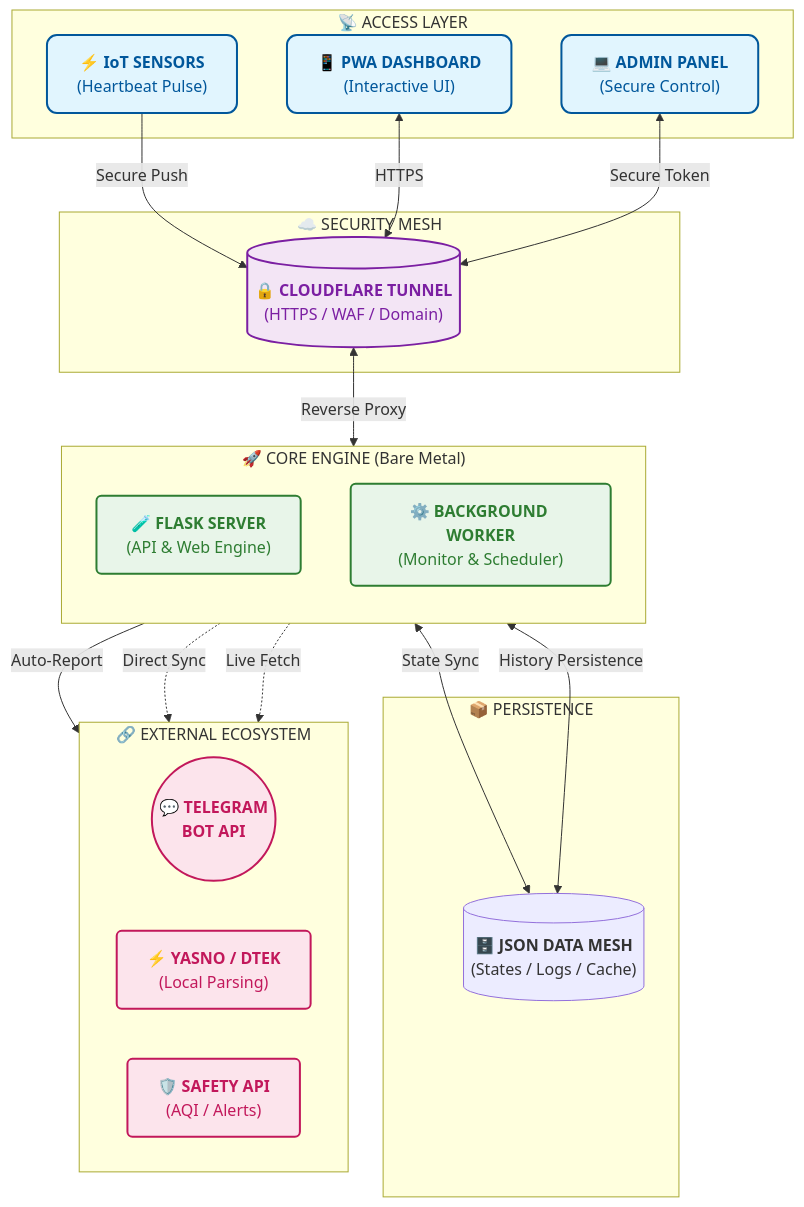
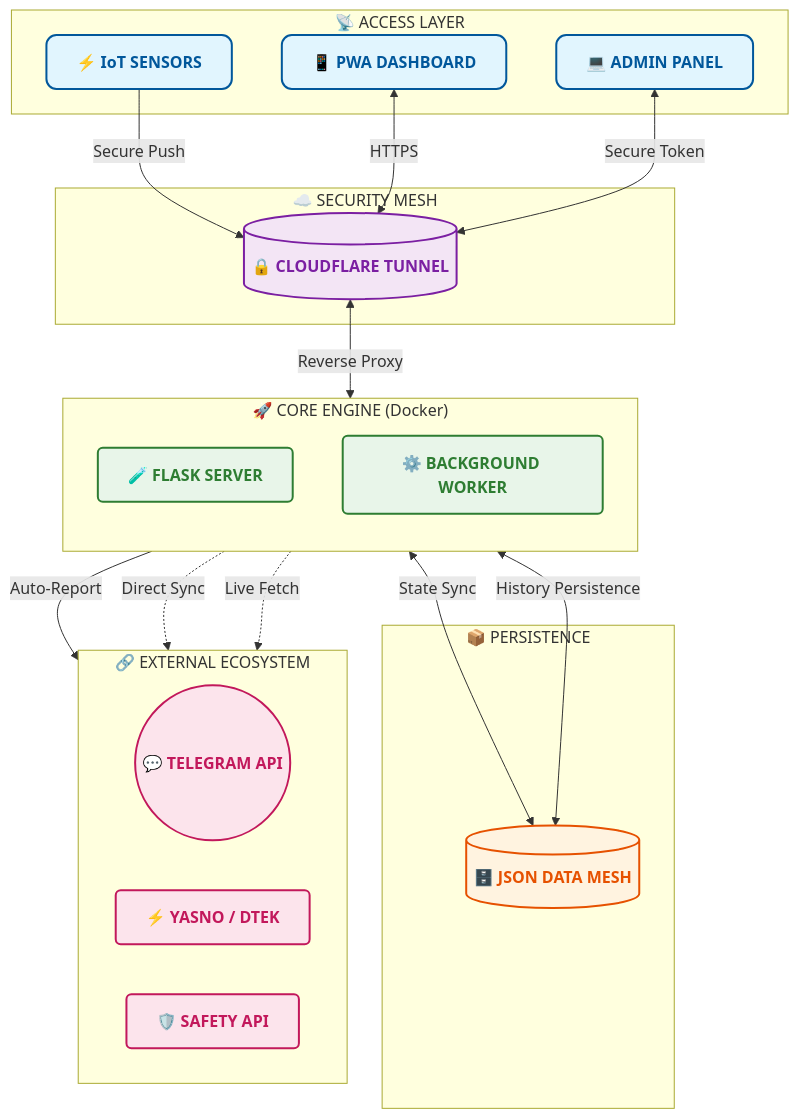
The diagram in README.md (weby-homelab/flash-monitor-kyiv), drawn with Mermaid before and after one commit. The commit also changed other lines of this file, not shown here.

Commit message:
docs: unified bilingual README for Docker Edition

````diff
--- a/README.md
+++ b/README.md
@@ -88,61 +79,52 @@
 ```mermaid
 flowchart TD
     %% -- Style Definitions --
     classDef access fill:#e1f5fe,stroke:#01579b,stroke-width:2px,color:#01579b,rx:10,ry:10
     classDef network fill:#f3e5f5,stroke:#7b1fa2,stroke-width:2px,color:#7b1fa2,rx:5,ry:5
     classDef core fill:#e8f5e9,stroke:#2e7d32,stroke-width:2px,color:#2e7d32,rx:5,ry:5
-    classDef data fill:#fff3e0,stroke:#e65100,stroke-width:2px,color:#e65100,rx:10,ry:10
+    classDef storage fill:#fff3e0,stroke:#e65100,stroke-width:2px,color:#e65100,rx:10,ry:10
     classDef external fill:#fce4ec,stroke:#c2185b,stroke-width:2px,color:#c2185b,rx:5,ry:5
 
-    %% -- Access Layer --
     subgraph Access ["📡 ACCESS LAYER"]
-        IoT["⚡ <b>IoT SENSORS</b><br/>(Heartbeat Pulse)"]
-        PWA["📱 <b>PWA DASHBOARD</b><br/>(Interactive UI)"]
-        ADM["💻 <b>ADMIN PANEL</b><br/>(Secure Control)"]
+        IoT["⚡ <b>IoT SENSORS</b>"]
+        PWA["📱 <b>PWA DASHBOARD</b>"]
+        ADM["💻 <b>ADMIN PANEL</b>"]
     end
 
-    %% -- Network Layer --
     subgraph Network ["☁️ SECURITY MESH"]
-        CF[("🔒 <b>CLOUDFLARE TUNNEL</b><br/>(HTTPS / WAF / Domain)")]
+        CF[("🔒 <b>CLOUDFLARE TUNNEL</b>")]
     end
 
-    %% -- Core Engine --
-    subgraph Core ["🚀 CORE ENGINE (Bare Metal)"]
+    subgraph Core ["🚀 CORE ENGINE (Docker)"]
         direction TB
-        WEB["🧪 <b>FLASK SERVER</b><br/>(API & Web Engine)"]
-        WORKER["⚙️ <b>BACKGROUND WORKER</b><br/>(Monitor & Scheduler)"]
+        WEB["🧪 <b>FLASK SERVER</b>"]
+        WORKER["⚙️ <b>BACKGROUND WORKER</b>"]
     end
 
-    %% -- Data Layer --
     subgraph Storage ["📦 PERSISTENCE"]
-        JSON[("🗄️ <b>JSON DATA MESH</b><br/>(States / Logs / Cache)")]
+        JSON[("🗄️ <b>JSON DATA MESH</b>")]
     end
 
-    %% -- External Ecosystem --
     subgraph Integration ["🔗 EXTERNAL ECOSYSTEM"]
         direction LR
-        TG(("💬 <b>TELEGRAM<br/>BOT API</b>"))
-        DTEK["⚡ <b>YASNO / DTEK</b><br/>(Local Parsing)"]
-        SAFE["🛡️ <b>SAFETY API</b><br/>(AQI / Alerts)"]
+        TG(("💬 <b>TELEGRAM API</b>"))
+        DTEK["⚡ <b>YASNO / DTEK</b>"]
+        SAFE["🛡️ <b>SAFETY API</b>"]
     end
 
-    %% -- Connections --
     IoT -->|Secure Push| CF
     PWA <-->|HTTPS| CF
     ADM <-->|Secure Token| CF
     CF <-->|Reverse Proxy| WEB
-    
     WEB <-->|State Sync| JSON
     WORKER <-->|History Persistence| JSON
-    
     WORKER -->|Auto-Report| TG
     WORKER -.->|Direct Sync| DTEK
     WEB -.->|Live Fetch| SAFE
 
-    %% -- Applying Styles --
     class IoT,PWA,ADM access
     class CF network
     class WEB,WORKER core
     class JSON storage
     class TG,DTEK,SAFE external
 ```
````
